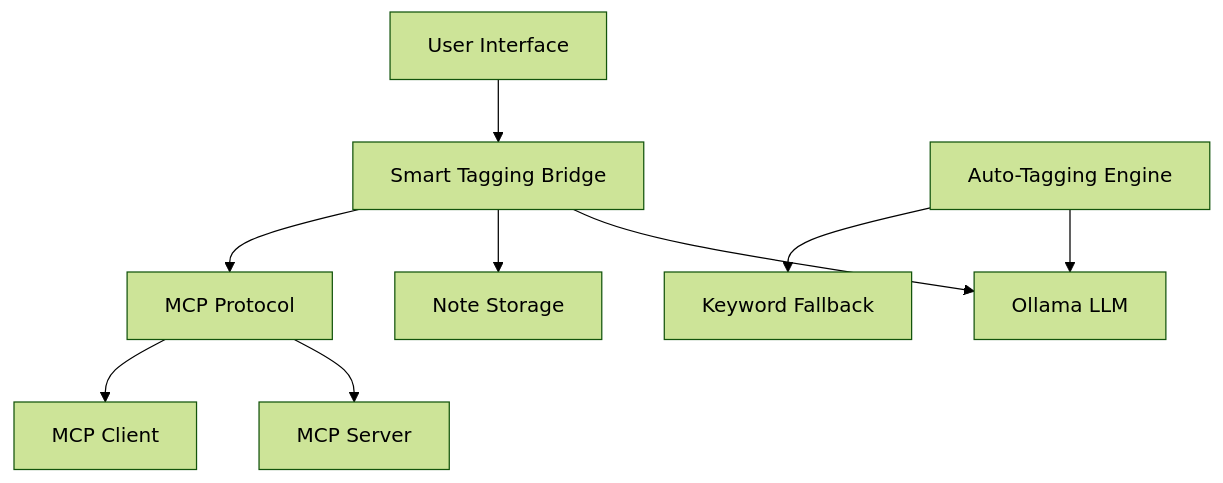
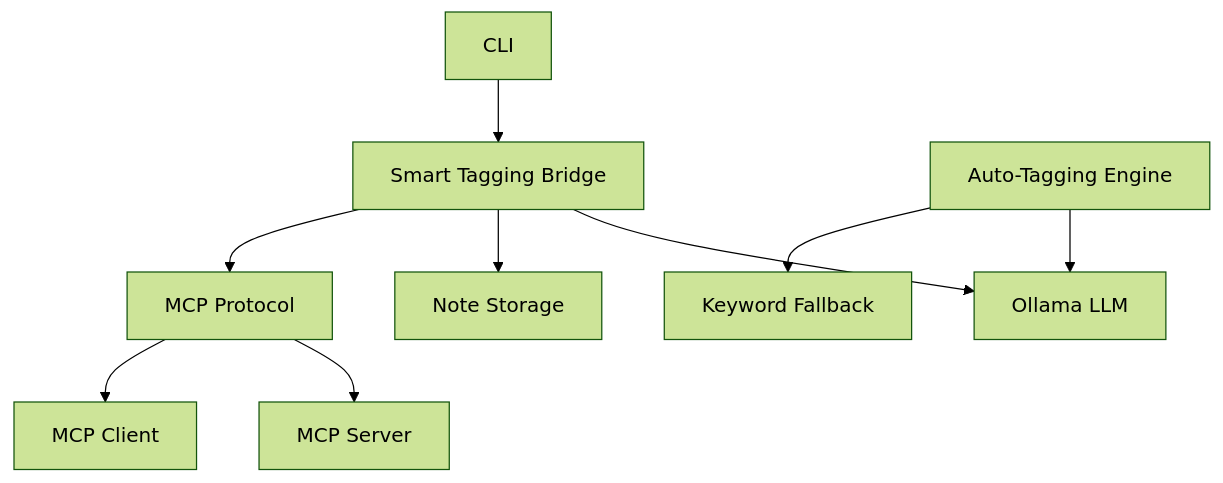
Before and after one commit to spewp/mcp-smart-notes: the diagram in README.md, drawn with Mermaid (forest theme).

````diff
--- a/README.md
+++ b/README.md
@@ -23,11 +23,11 @@
 ```mermaid
 graph TD
     A[Smart Tagging Bridge] --> B[Ollama LLM]
     A --> C[Note Storage]
     A --> D[MCP Protocol]
     D --> E[MCP Server]
     D --> F[MCP Client]
-    G[User Interface] --> A
+    G[CLI] --> A
     H[Auto-Tagging Engine] --> B
     H --> I[Keyword Fallback]
 ```
````
